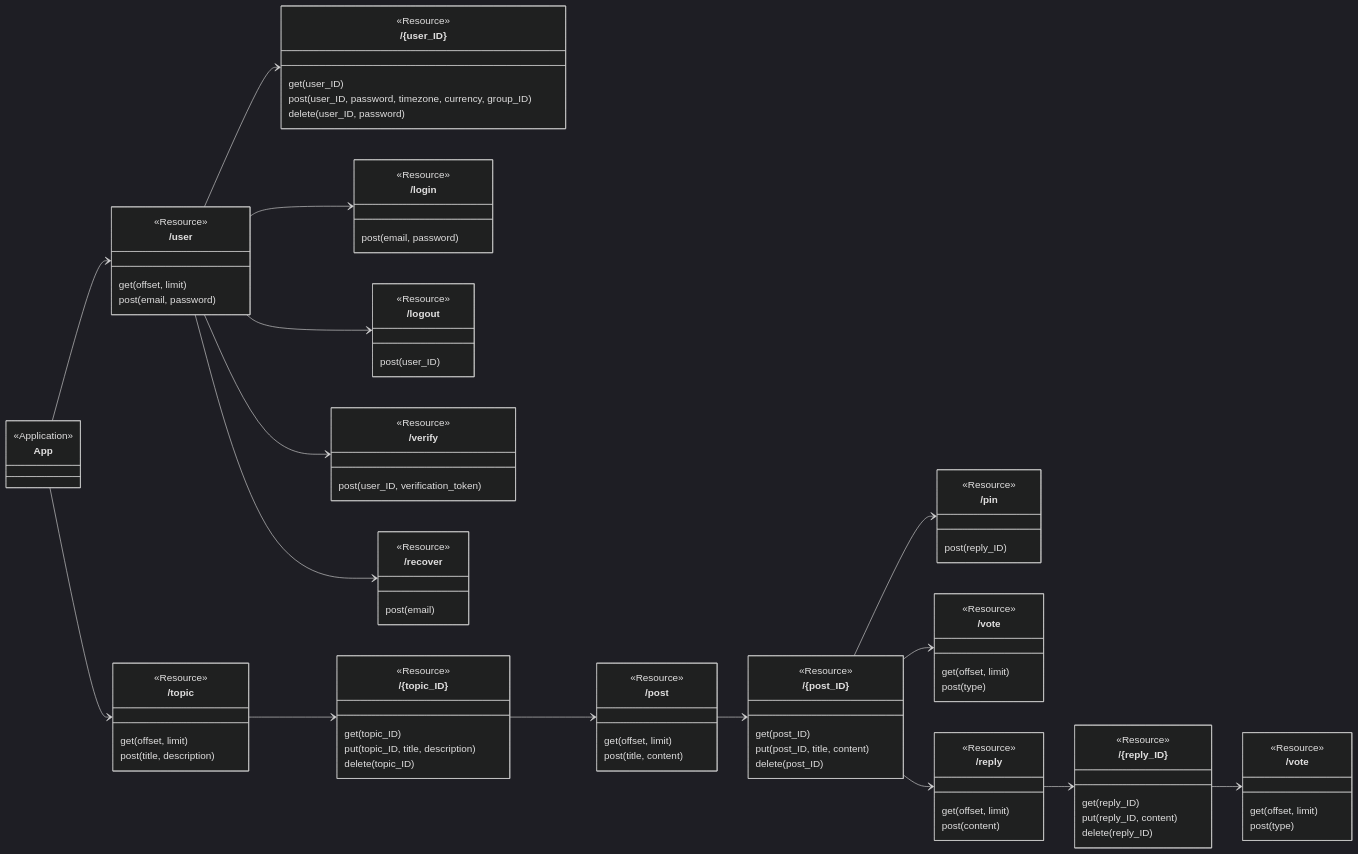
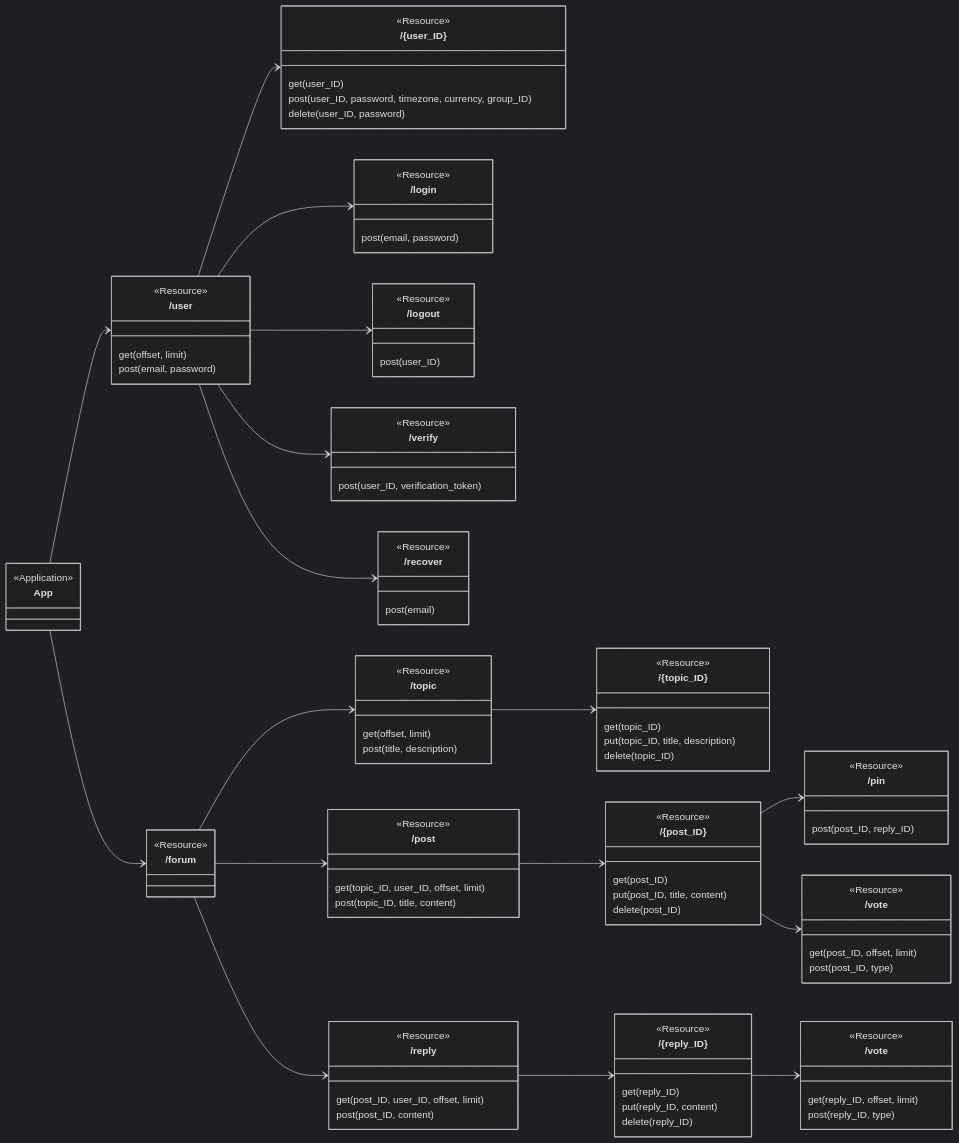
The diagram in sandbox/api.md (azwan082/azwan082), drawn with Mermaid before and after one commit.

Commit message:
restructure forum endpoint

````diff
--- a/sandbox/api.md
+++ b/sandbox/api.md
@@ -47,6 +47,10 @@
 User --> User_verify
 User --> User_recover
 
+class Forum["/forum"] {
+    <<Resource>>
+}
+
 class Topic["/topic"] {
     <<Resource>>
     get(offset, limit)
@@ -62,8 +66,8 @@
 
 class Post["/post"] {
     <<Resource>>
-    get(offset, limit)
-    post(title, content)
+    get(topic_ID, user_ID, offset, limit)
+    post(topic_ID, title, content)
 }
 
 class Post_ID["/{post_ID}"] {
@@ -75,19 +79,19 @@
 
 class Post_pin["/pin"] {
     <<Resource>>
-    post(reply_ID)
+    post(post_ID, reply_ID)
 }
 
 class Post_vote["/vote"] {
     <<Resource>>
-    get(offset, limit)
-    post(type)
+    get(post_ID, offset, limit)
+    post(post_ID, type)
 }
 
 class Reply["/reply"] {
     <<Resource>>
-    get(offset, limit)
-    post(content)
+    get(post_ID, user_ID, offset, limit)
+    post(post_ID, content)
 }
 
 class Reply_ID["/{reply_ID}"] {
@@ -99,17 +103,18 @@
 
 class Reply_vote["/vote"] {
     <<Resource>>
-    get(offset, limit)
-    post(type)
+    get(reply_ID, offset, limit)
+    post(reply_ID, type)
 }
 
-App --> Topic
+App --> Forum
+Forum --> Topic
 Topic --> Topic_ID
-Topic_ID --> Post
+Forum --> Post
 Post --> Post_ID
 Post_ID --> Post_pin
 Post_ID --> Post_vote
-Post_ID --> Reply
+Forum --> Reply
 Reply --> Reply_ID
 Reply_ID --> Reply_vote 
 ```
````
